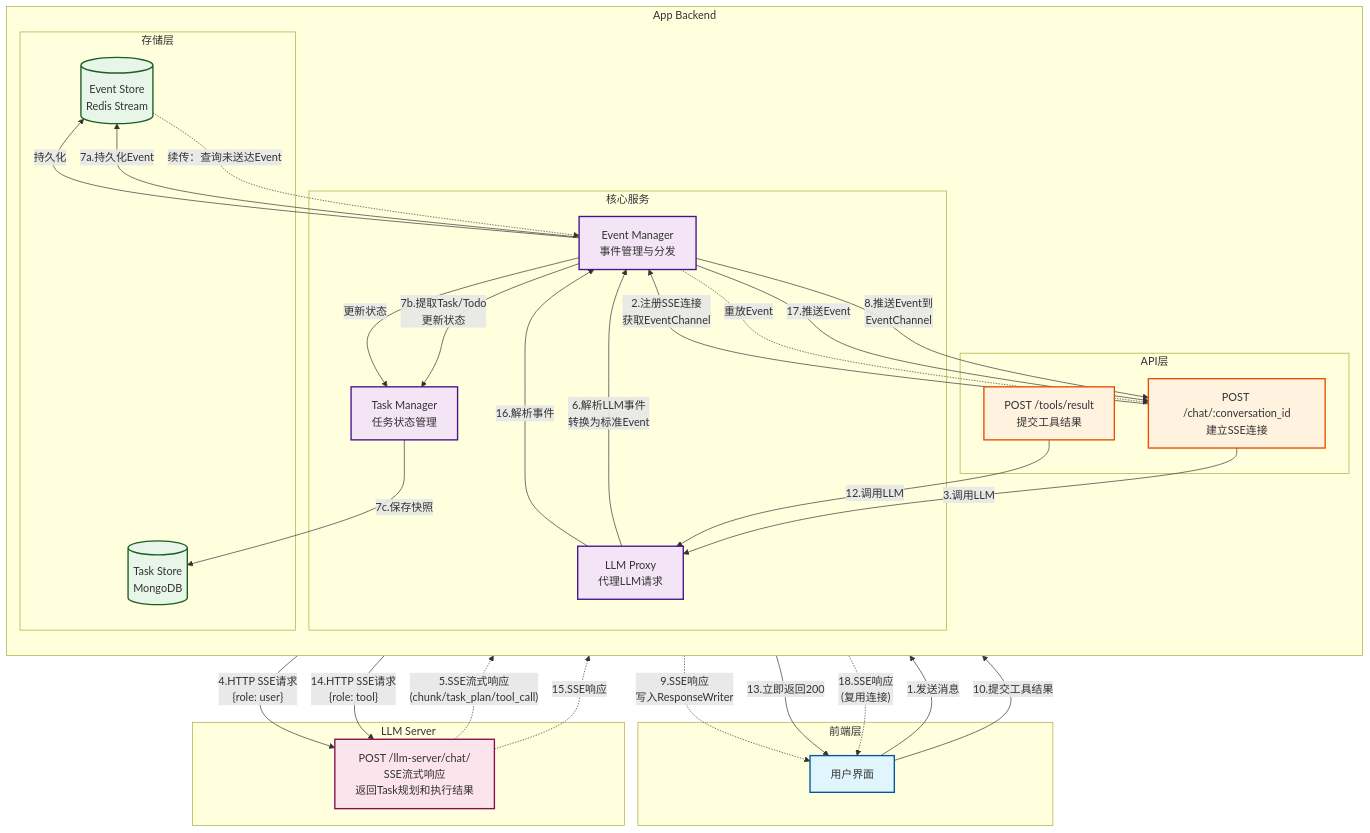
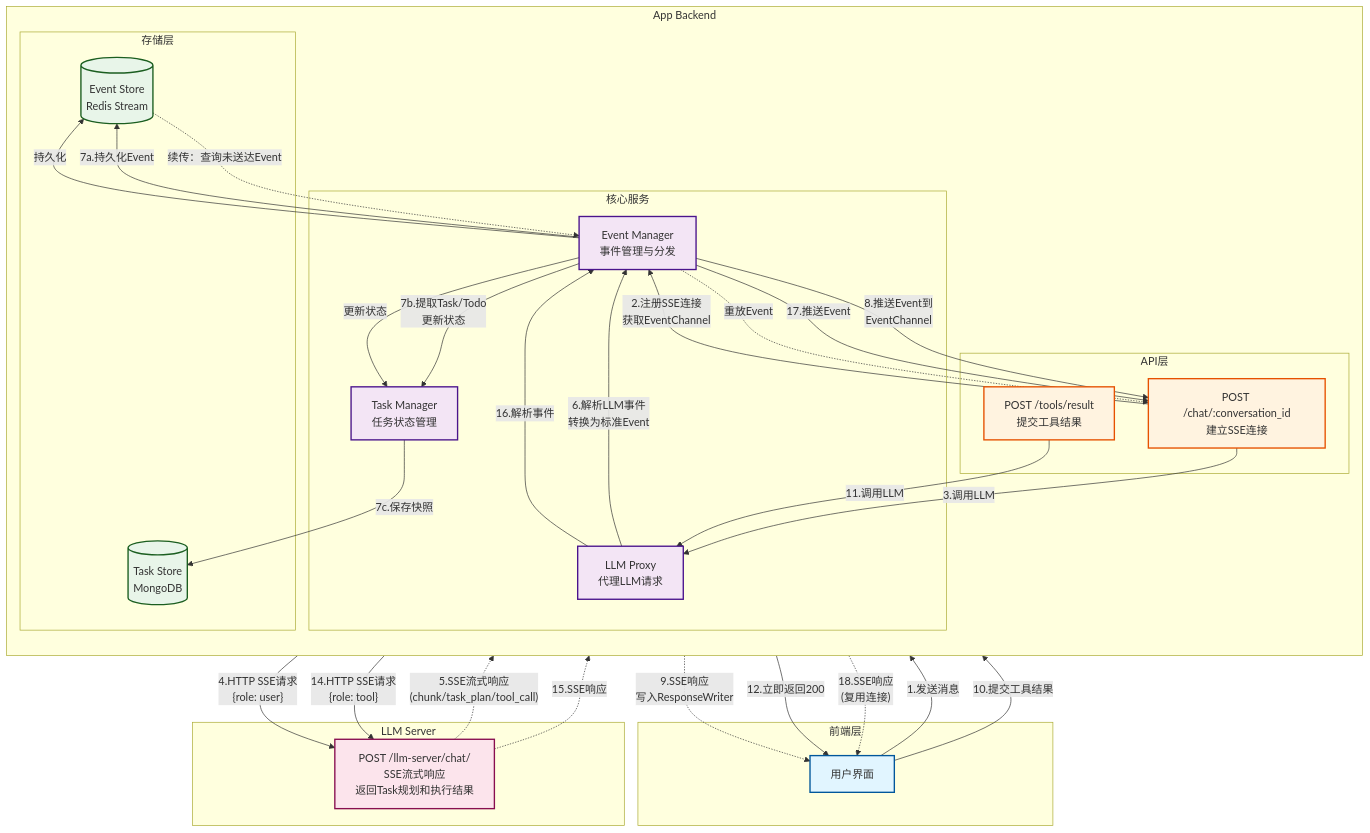
One commit to yingjianzh/iodraw-files changed the diagram in all/未命名-10.md. Above: the diagram before and after it, drawn with Mermaid.

Commit message:
2025-12-22 15:39:39 update

````diff
--- a/all/未命名-10.md
+++ b/all/未命名-10.md
@@ -1,76 +1,76 @@
 ```mermaid
 graph TB
     subgraph "前端层"
         UI[用户界面]
     end
 
     subgraph "App Backend"
         direction TB
         
         subgraph "API层"
             ChatAPI["POST /chat/:conversation_id<br/>建立SSE连接"]
             ToolAPI["POST /tools/result<br/>提交工具结果"]
         end
         
         subgraph "核心服务"
             EventMgr["Event Manager<br/>事件管理与分发"]
             TaskMgr["Task Manager<br/>任务状态管理"]
             LLMProxy["LLM Proxy<br/>代理LLM请求"]
         end
         
         subgraph "存储层"
             EventStore[("Event Store<br/>Redis Stream")]
             TaskStore[("Task Store<br/>MongoDB")]
         end
     end
 
     subgraph "LLM Server"
         LLMAPI["POST /llm-server/chat/<br/>SSE流式响应<br/>返回Task规划和执行结果"]
     end
 
     %% ===== 用户发送消息流程 =====
     UI -->|"1.发送消息"| ChatAPI
     ChatAPI -->|"2.注册SSE连接<br/>获取EventChannel"| EventMgr
     ChatAPI -->|"3.调用LLM"| LLMProxy
     
     LLMProxy -->|"4.HTTP SSE请求<br/>{role: user}"| LLMAPI
     LLMAPI -.->|"5.SSE流式响应<br/>(chunk/task_plan/tool_call)"| LLMProxy
     
     LLMProxy -->|"6.解析LLM事件<br/>转换为标准Event"| EventMgr
     EventMgr -->|"7a.持久化Event"| EventStore
     EventMgr -->|"7b.提取Task/Todo<br/>更新状态"| TaskMgr
     TaskMgr -->|"7c.保存快照"| TaskStore
     
     EventMgr -->|"8.推送Event到<br/>EventChannel"| ChatAPI
     ChatAPI -.->|"9.SSE响应<br/>写入ResponseWriter"| UI
     
     %% ===== 工具调用流程 =====
     UI -->|"10.提交工具结果"| ToolAPI
   
-    ToolAPI -->|"12.调用LLM"| LLMProxy
-    ToolAPI -->|"13.立即返回200"| UI
+    ToolAPI -->|"11.调用LLM"| LLMProxy
+    ToolAPI -->|"12.立即返回200"| UI
     
     LLMProxy -->|"14.HTTP SSE请求<br/>{role: tool}"| LLMAPI
     LLMAPI -.->|"15.SSE响应"| LLMProxy
     LLMProxy -->|"16.解析事件"| EventMgr
     EventMgr -->|"持久化"| EventStore
     EventMgr -->|"更新状态"| TaskMgr
     EventMgr -->|"17.推送Event"| ChatAPI
     ChatAPI -.->|"18.SSE响应<br/>(复用连接)"| UI
     
     %% ===== 续传 =====
     EventStore -.->|"续传：查询未送达Event"| EventMgr
     EventMgr -.->|"重放Event"| ChatAPI
 
     classDef frontend fill:#e1f5ff,stroke:#01579b,stroke-width:2px
     classDef api fill:#fff3e0,stroke:#e65100,stroke-width:2px
     classDef service fill:#f3e5f5,stroke:#4a148c,stroke-width:2px
     classDef storage fill:#e8f5e9,stroke:#1b5e20,stroke-width:2px
     classDef llm fill:#fce4ec,stroke:#880e4f,stroke-width:2px
     
     class UI frontend
     class ChatAPI,ToolAPI api
     class EventMgr,TaskMgr,LLMProxy service
     class EventStore,TaskStore storage
     class LLMAPI llm
 ```
````
